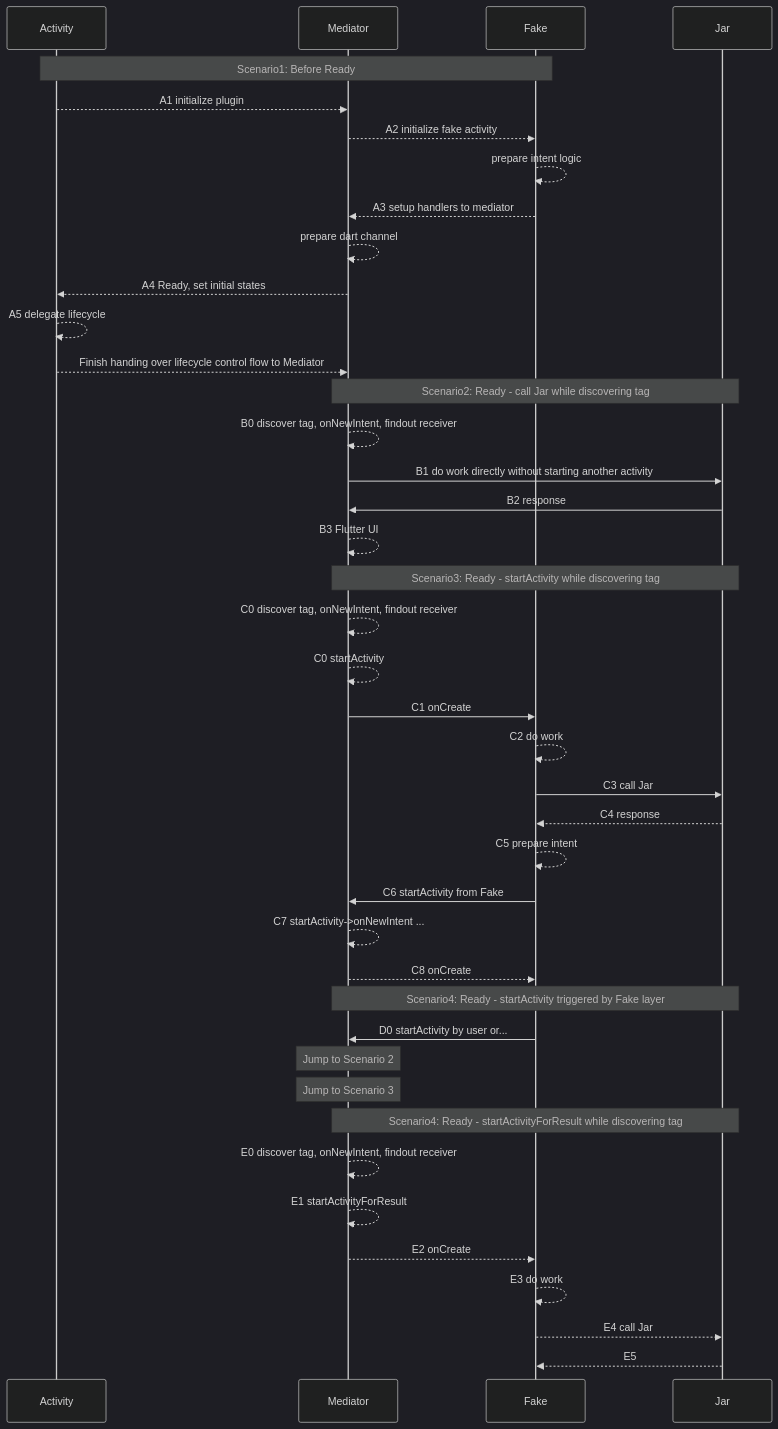
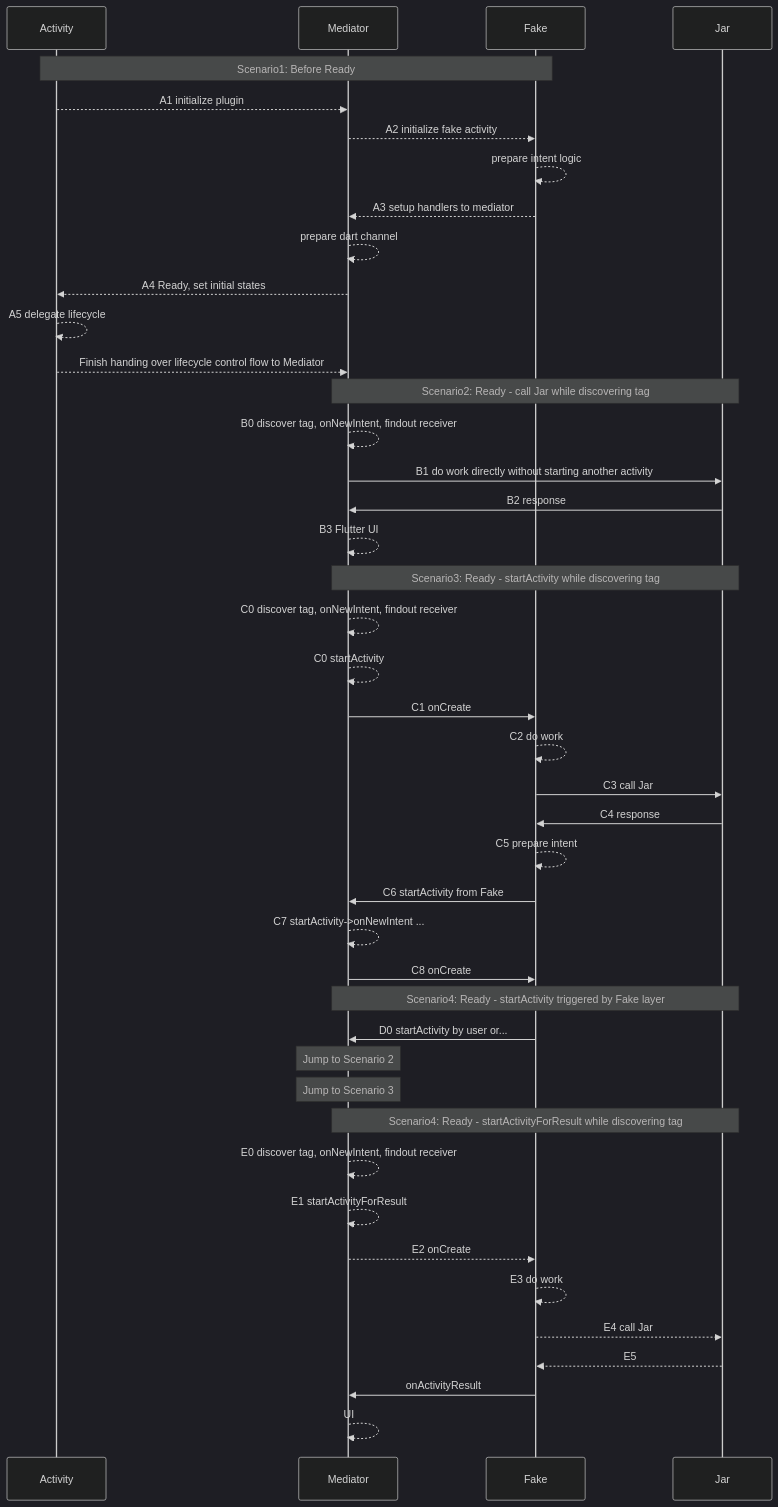
The first of 2 diagrams in flutter/android_to_flutter.md (gordianknotC/nxp_note), drawn with Mermaid (dark theme) before and after one commit. The commit also changed other lines of this file, not shown here.

Commit message:
flutter/android_to_flutter.md updated from https://stackedit.io/

````diff
--- a/flutter/android_to_flutter.md
+++ b/flutter/android_to_flutter.md
@@ -5,59 +5,61 @@
 ```mermaid
 sequenceDiagram
 participant Activity
 participant Mediator
 participant Fake
 participant Jar
 
 
 Note over Activity, Fake: Scenario1: Before Ready
 
 Activity -->> Mediator: A1 initialize plugin
 Mediator -->> Fake: A2 initialize fake activity
 Fake -->> Fake: prepare intent logic
 Fake -->> Mediator: A3 setup handlers to mediator
 Mediator -->> Mediator: prepare dart channel
 Mediator -->> Activity: A4 Ready, set initial states
 Activity -->> Activity: A5 delegate lifecycle
 Activity -->> Mediator: Finish handing over lifecycle control flow to Mediator
 
 
 Note over Mediator, Jar: Scenario2: Ready - call Jar while discovering tag 
 
 Mediator-->> Mediator: B0 discover tag, onNewIntent, findout receiver
 Mediator->>Jar: B1 do work directly without starting another activity
 Jar->>Mediator: B2 response
 Mediator-->>Mediator: B3 Flutter UI
 
 
 Note over Mediator, Jar: Scenario3: Ready - startActivity while discovering tag
 
 Mediator-->> Mediator: C0 discover tag, onNewIntent, findout receiver
 Mediator-->>Mediator: C0 startActivity
 Mediator->>Fake: C1 onCreate
 Fake-->>Fake: C2 do work
 Fake->>Jar:C3 call Jar
-Jar-->>Fake:C4 response
+Jar->>Fake:C4 response
 Fake-->>Fake:C5 prepare intent
 Fake->>Mediator: C6 startActivity from Fake
 Mediator-->>Mediator: C7 startActivity->onNewIntent ...
-Mediator-->>Fake: C8 onCreate
+Mediator->>Fake: C8 onCreate
 
 
 Note over Mediator, Jar: Scenario4: Ready - startActivity triggered by Fake layer
 
 Fake->>Mediator: D0 startActivity by user or...
 
 
 Note over Mediator: Jump to Scenario 2
 Note over Mediator: Jump to Scenario 3
 
 
 Note over Mediator, Jar: Scenario4: Ready - startActivityForResult while discovering tag
 Mediator-->> Mediator: E0 discover tag, onNewIntent, findout receiver
 Mediator-->>Mediator:E1 startActivityForResult
 Mediator-->>Fake: E2 onCreate
 Fake-->>Fake: E3 do work
 Fake-->>Jar:E4 call Jar
 Jar-->>Fake:E5
+Fake->>Mediator: onActivityResult
+Mediator-->>Mediator: UI 
 ```
````
